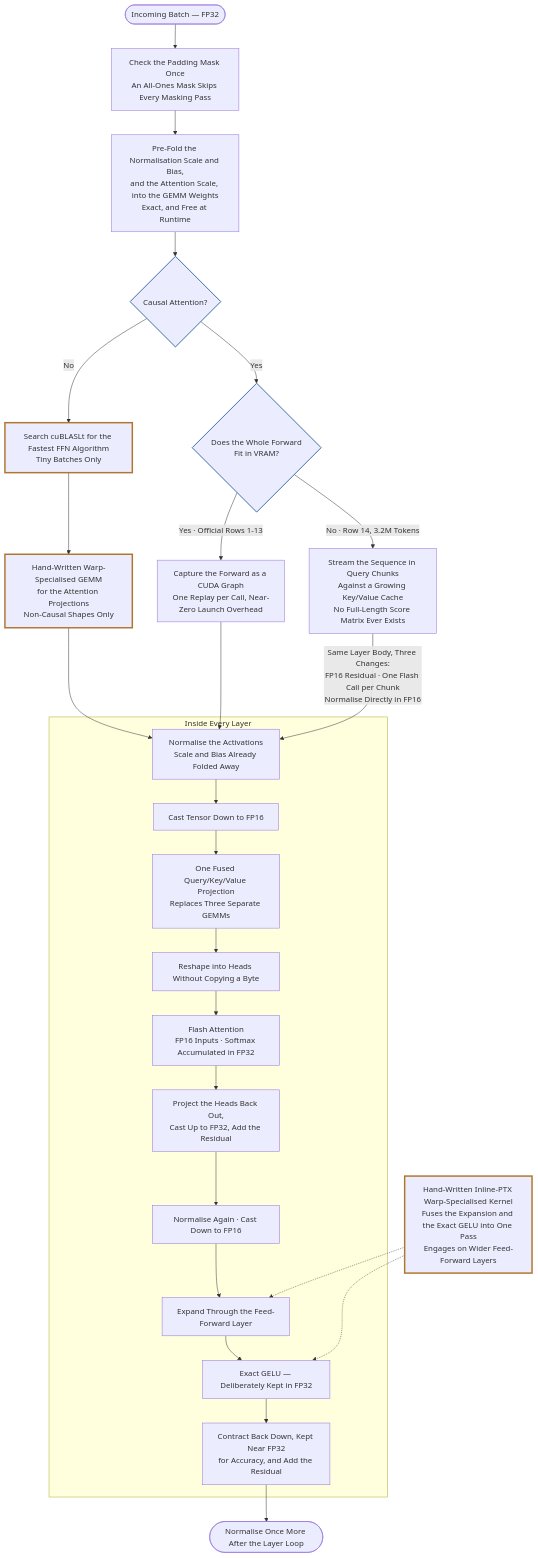
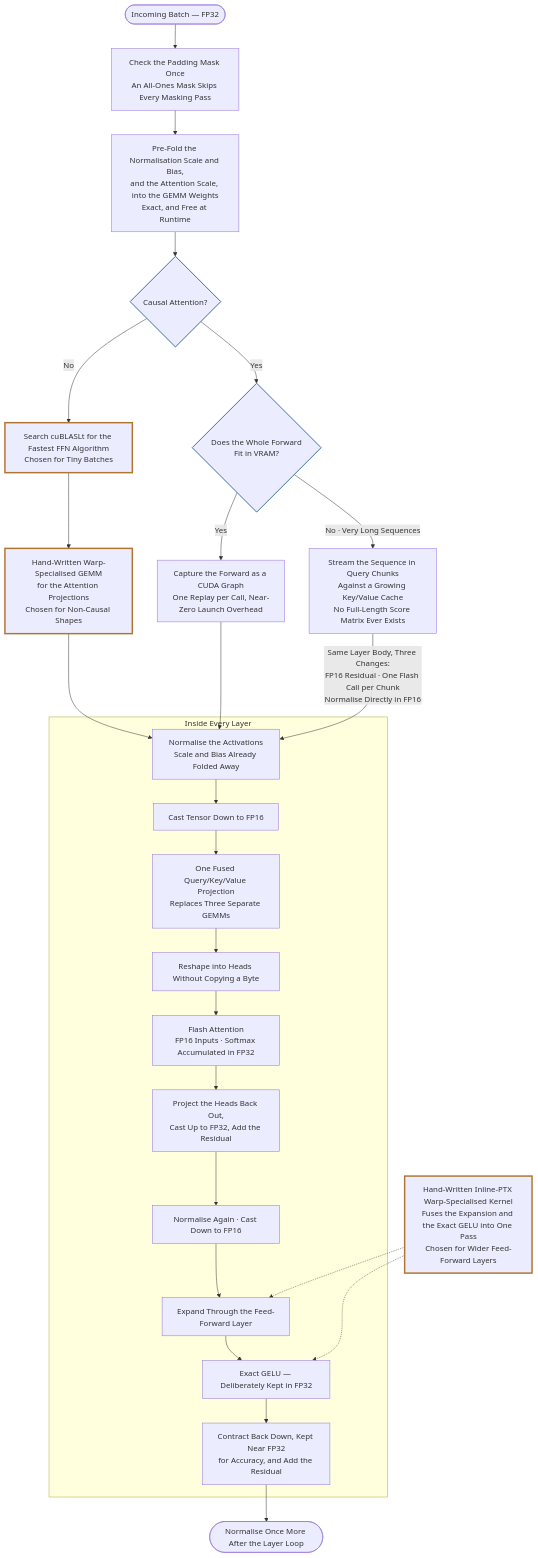
The first of 3 diagrams in README.md (yeoshuyi/Flipfloppers-GPU-Kernel-Optimizer), drawn with Mermaid before and after one commit. The commit also changed other lines of this file, not shown here.

First paragraph of the commit message:
README: frame the figure as general architecture, not the test matrix
The diagram shows how the dispatcher works, not which branches happen to
be exercised by the 14 evaluation rows, so the matrix framing came out.

````diff
--- a/README.md
+++ b/README.md
@@ -167,41 +166,41 @@
 ```mermaid
 flowchart TD
     IN(["Incoming Batch — FP32"]) --> MASK["Check the Padding Mask Once<br/>An All-Ones Mask Skips Every Masking Pass"]
     MASK --> FOLD["Pre-Fold the Normalisation Scale and Bias,<br/>and the Attention Scale, into the GEMM Weights<br/>Exact, and Free at Runtime"]
     FOLD --> CAUSAL{"Causal Attention?"}
 
-    CAUSAL -->|"No"| NCK["Search cuBLASLt for the Fastest FFN Algorithm<br/>Tiny Batches Only"]
-    NCK --> NCW["Hand-Written Warp-Specialised GEMM<br/>for the Attention Projections<br/>Non-Causal Shapes Only"]
+    CAUSAL -->|"No"| NCK["Search cuBLASLt for the Fastest FFN Algorithm<br/>Chosen for Tiny Batches"]
+    NCK --> NCW["Hand-Written Warp-Specialised GEMM<br/>for the Attention Projections<br/>Chosen for Non-Causal Shapes"]
 
     CAUSAL -->|"Yes"| FIT{"Does the Whole Forward<br/>Fit in VRAM?"}
-    FIT -->|"Yes · Official Rows 1-13"| GRAPH["Capture the Forward as a CUDA Graph<br/>One Replay per Call, Near-Zero Launch Overhead"]
-    FIT -->|"No · Row 14, 3.2M Tokens"| CHUNK["Stream the Sequence in Query Chunks<br/>Against a Growing Key/Value Cache<br/>No Full-Length Score Matrix Ever Exists"]
+    FIT -->|"Yes"| GRAPH["Capture the Forward as a CUDA Graph<br/>One Replay per Call, Near-Zero Launch Overhead"]
+    FIT -->|"No · Very Long Sequences"| CHUNK["Stream the Sequence in Query Chunks<br/>Against a Growing Key/Value Cache<br/>No Full-Length Score Matrix Ever Exists"]
 
     subgraph LAYER["Inside Every Layer"]
         L1["Normalise the Activations<br/>Scale and Bias Already Folded Away"]
         L1 --> L2["Cast Tensor Down to FP16"]
         L2 --> L3["One Fused Query/Key/Value Projection<br/>Replaces Three Separate GEMMs"]
         L3 --> L4["Reshape into Heads Without Copying a Byte"]
         L4 --> L5["Flash Attention<br/>FP16 Inputs · Softmax Accumulated in FP32"]
         L5 --> L6["Project the Heads Back Out,<br/>Cast Up to FP32, Add the Residual"]
         L6 --> L7["Normalise Again · Cast Down to FP16"]
         L7 --> L8["Expand Through the Feed-Forward Layer"]
         L8 --> L9["Exact GELU — Deliberately Kept in FP32"]
         L9 --> L10["Contract Back Down, Kept Near FP32<br/>for Accuracy, and Add the Residual"]
     end
 
     NCW --> L1
     GRAPH --> L1
     CHUNK -->|"Same Layer Body, Three Changes:<br/>FP16 Residual · One Flash Call per Chunk<br/>Normalise Directly in FP16"| L1
 
-    PTX["Hand-Written Inline-PTX Warp-Specialised Kernel<br/>Fuses the Expansion and the Exact GELU into One Pass<br/>Engages on Wider Feed-Forward Layers"]
+    PTX["Hand-Written Inline-PTX Warp-Specialised Kernel<br/>Fuses the Expansion and the Exact GELU into One Pass<br/>Chosen for Wider Feed-Forward Layers"]
     PTX -.-> L8
     PTX -.-> L9
 
     L10 --> OUT(["Normalise Once More After the Layer Loop"])
 
     classDef kernel stroke:#b0762f,stroke-width:3px
     classDef decision stroke:#3b6ea5,stroke-width:2px
     class NCK,NCW,PTX kernel
     class CAUSAL,FIT decision
 ```
````
